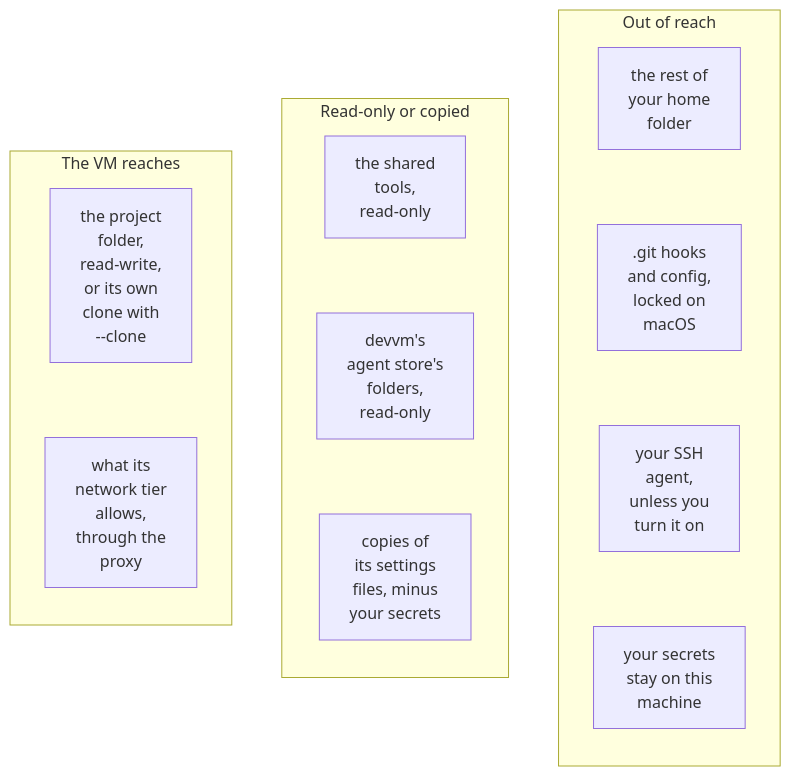
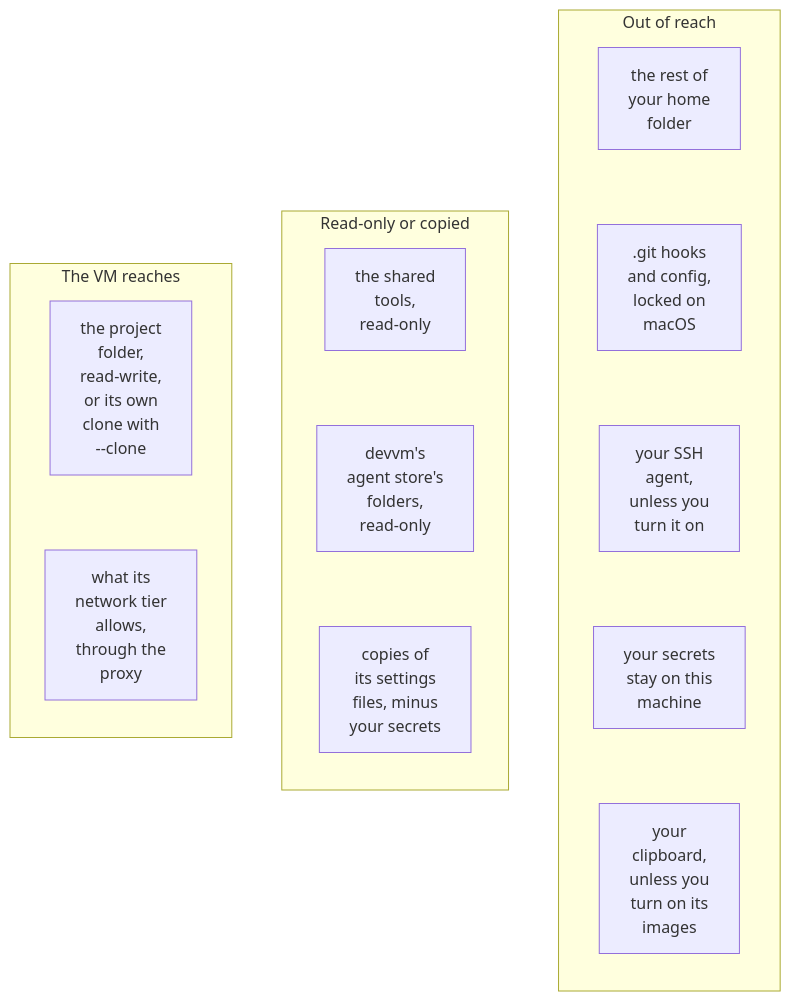
Before and after one commit to DustyPolk/devvm: the diagram in docs/content/docs/safety/_index.md, drawn with Mermaid. The commit also changed other lines of this file and 126 other files, not shown here.

````diff
--- a/docs/content/docs/safety/_index.md
+++ b/docs/content/docs/safety/_index.md
@@ -25,31 +25,32 @@
 ```mermaid
 ---
 config:
   flowchart:
     minNodeWidth: 0
 ---
 flowchart TB
   %% Narrower nodes than other diagrams' and labels of at most 12 characters a line, so three
   %% columns fit the page. Mermaid lays the columns out from right to left, so the last one comes first.
   subgraph out["Out of reach"]
     direction TB
     home["the rest of<br>your home<br>folder"]
     git[".git hooks<br>and config,<br>locked on<br>macOS"]
     agent["your SSH<br>agent,<br>unless you<br>turn it on"]
     secrets["your secrets<br>stay on this<br>machine"]
-    home ~~~ git ~~~ agent ~~~ secrets
+    clip["your<br>clipboard,<br>unless you<br>turn on its<br>images"]
+    home ~~~ git ~~~ agent ~~~ secrets ~~~ clip
   end
   subgraph copied["Read-only or copied"]
     direction TB
     tools["the shared<br>tools,<br>read-only"]
     folders["devvm's<br>agent store's<br>folders,<br>read-only"]
     files["copies of<br>its settings<br>files, minus<br>your secrets"]
     tools ~~~ folders ~~~ files
   end
   subgraph reach["The VM reaches"]
     direction TB
     folder["the project<br>folder,<br>read-write,<br>or its own<br>clone with<br>--clone"]
     hosts["what its<br>network tier<br>allows,<br>through the<br>proxy"]
     folder ~~~ hosts
   end
 ```
````
